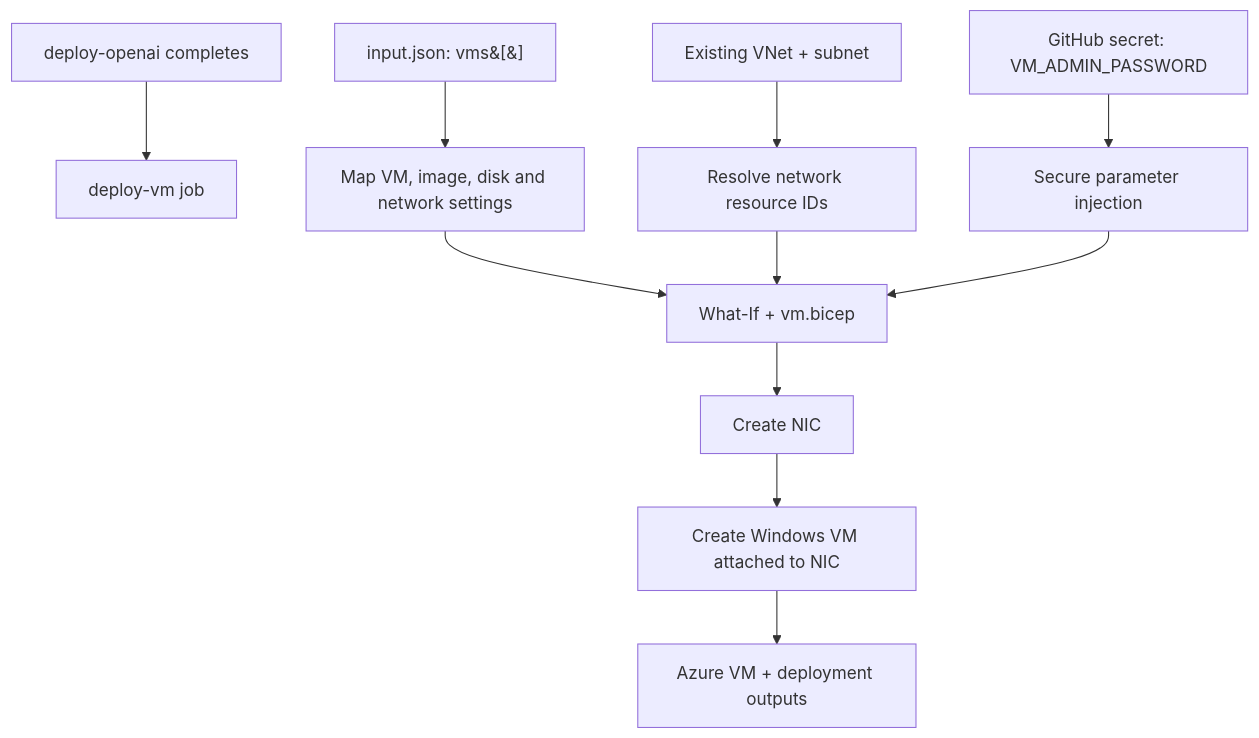
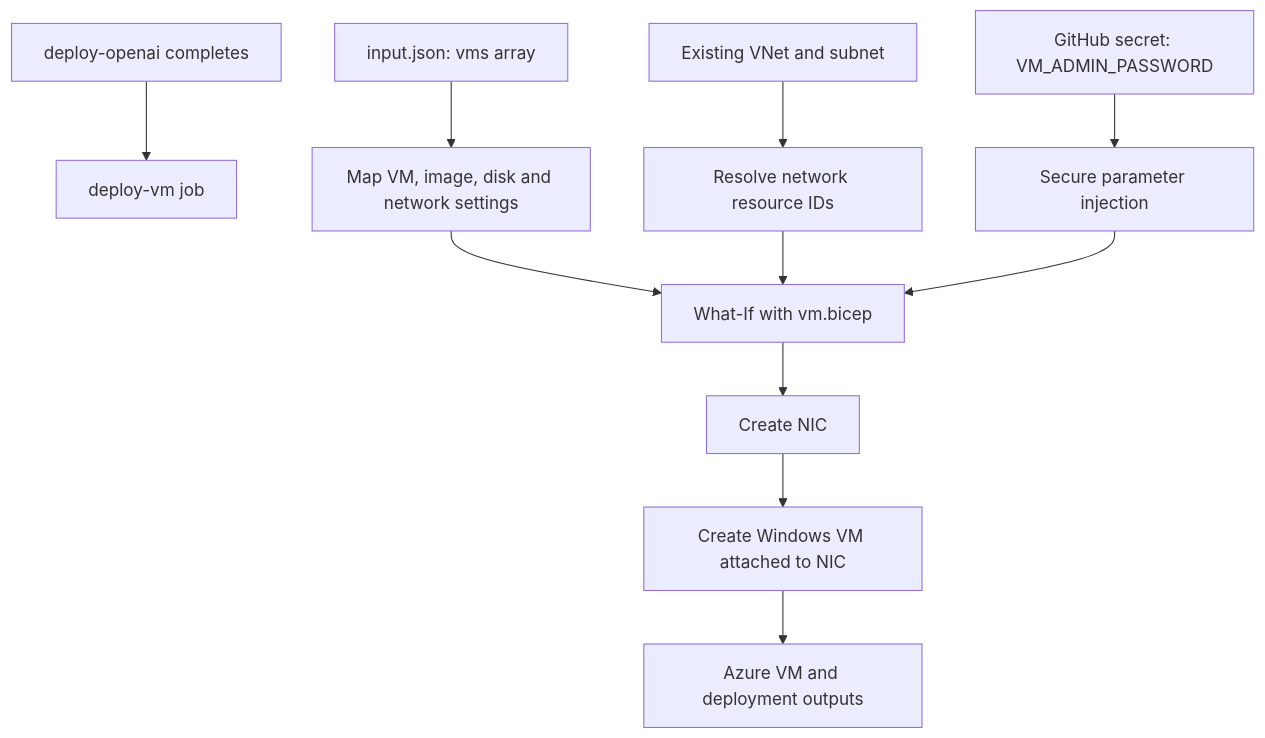
Before and after one commit to PROMETHEUS-N/BIFROST_NEW: the diagram in modules/compute/vm.md, drawn with Mermaid.

Commit message:
docs: make Mermaid node labels GitHub-parser safe

````diff
--- a/modules/compute/vm.md
+++ b/modules/compute/vm.md
@@ -48,13 +48,13 @@
 ```mermaid
 flowchart TD
-  A[deploy-openai completes] --> B[deploy-vm job]
-  C[input.json: vms&#91;&#93;] --> D[Map VM, image, disk and network settings]
-  E[Existing VNet + subnet] --> F[Resolve network resource IDs]
-  G[GitHub secret: VM_ADMIN_PASSWORD] --> H[Secure parameter injection]
-  D --> I[What-If + vm.bicep]
-  F --> I
-  H --> I
-  I --> J[Create NIC]
-  J --> K[Create Windows VM attached to NIC]
-  K --> L[Azure VM + deployment outputs]
+ A["deploy-openai completes"] --> B["deploy-vm job"]
+ C["input.json: vms array"] --> D["Map VM, image, disk and network settings"]
+ E["Existing VNet and subnet"] --> F["Resolve network resource IDs"]
+ G["GitHub secret: VM_ADMIN_PASSWORD"] --> H["Secure parameter injection"]
+ D --> I["What-If with vm.bicep"]
+ F --> I
+ H --> I
+ I --> J["Create NIC"]
+ J --> K["Create Windows VM attached to NIC"]
+ K --> L["Azure VM and deployment outputs"]
 ```
````
